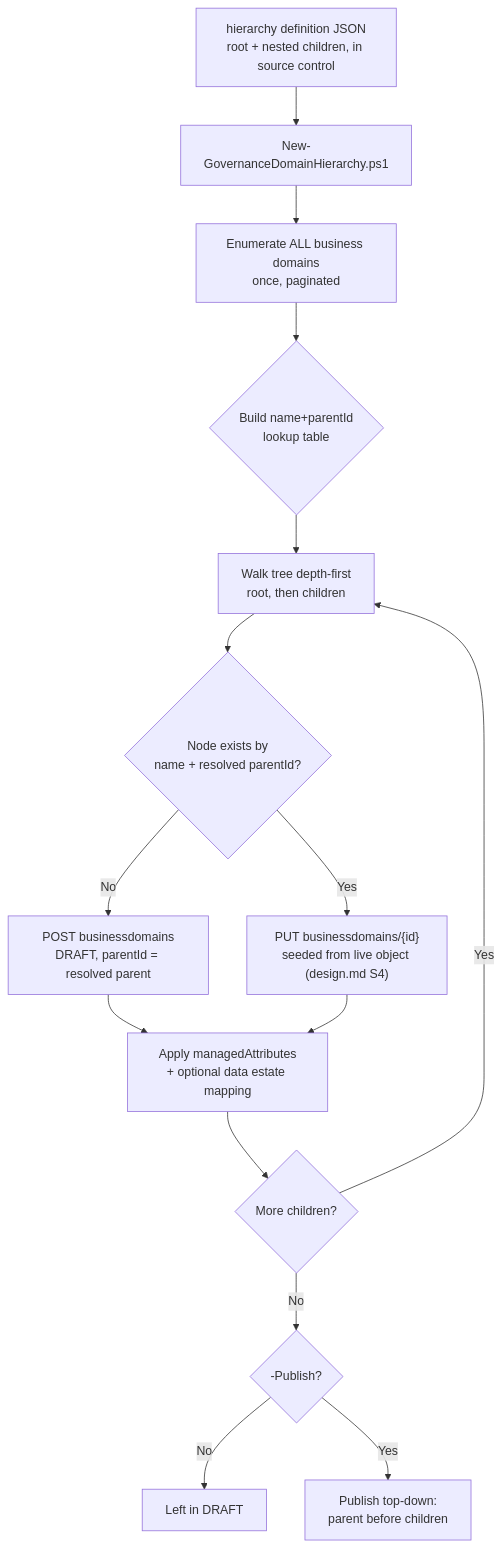
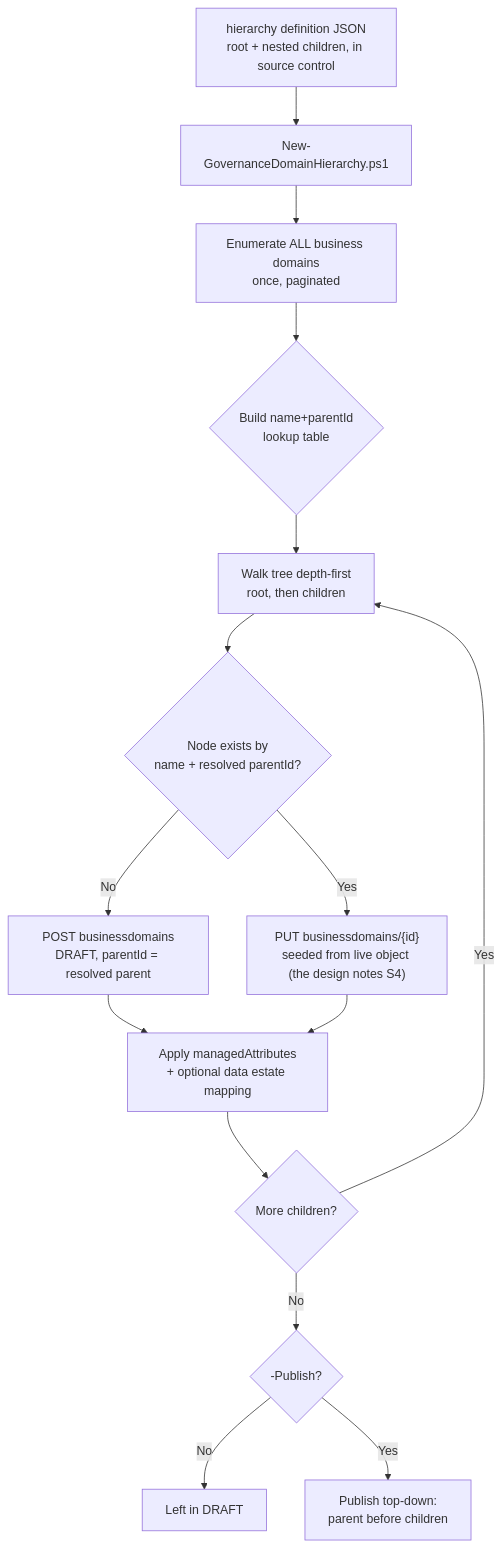
Before and after one commit to kpsec1/kpsec1.github.io: the diagram in src/content/scenarios/unified-catalog/governance-domain-hierarchy.md, drawn with Mermaid. The commit also changed 269 other files, not shown here.

````diff
--- a/src/content/scenarios/unified-catalog/governance-domain-hierarchy.md
+++ b/src/content/scenarios/unified-catalog/governance-domain-hierarchy.md
@@ -59,17 +59,17 @@
 ```mermaid
 flowchart TD
     A["hierarchy definition JSON<br/>root + nested children, in source control"] --> B[New-GovernanceDomainHierarchy.ps1]
     B --> C["Enumerate ALL business domains<br/>once, paginated"]
     C --> D{Build name+parentId<br/>lookup table}
     D --> E["Walk tree depth-first<br/>root, then children"]
     E --> F{Node exists by<br/>name + resolved parentId?}
     F -- No --> G["POST businessdomains<br/>DRAFT, parentId = resolved parent"]
-    F -- Yes --> H["PUT businessdomains/{id}<br/>seeded from live object (design.md S4)"]
+    F -- Yes --> H["PUT businessdomains/{id}<br/>seeded from live object (the design notes S4)"]
     G --> I[Apply managedAttributes<br/>+ optional data estate mapping]
     H --> I
     I --> J{More children?}
     J -- Yes --> E
     J -- No --> K{-Publish?}
     K -- No --> L[Left in DRAFT]
     K -- Yes --> M[Publish top-down:<br/>parent before children]
 ```
````
